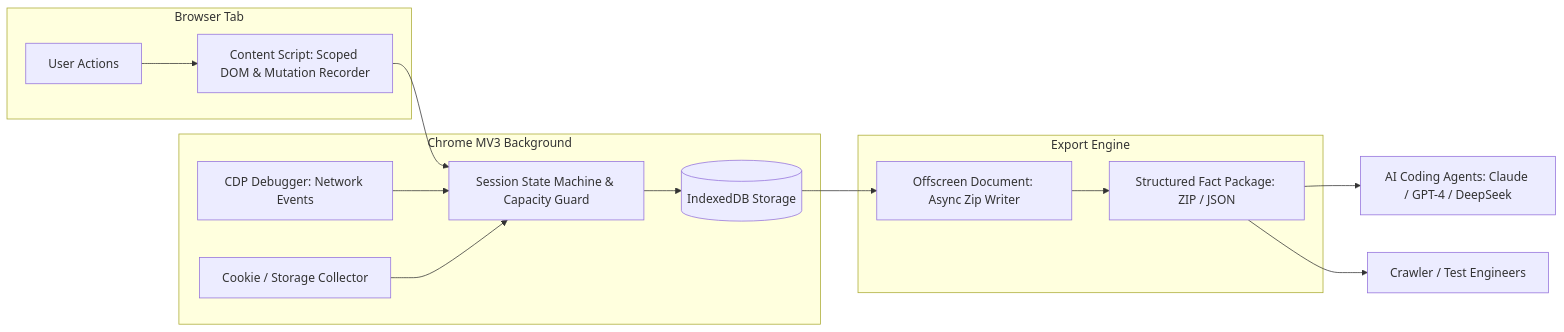
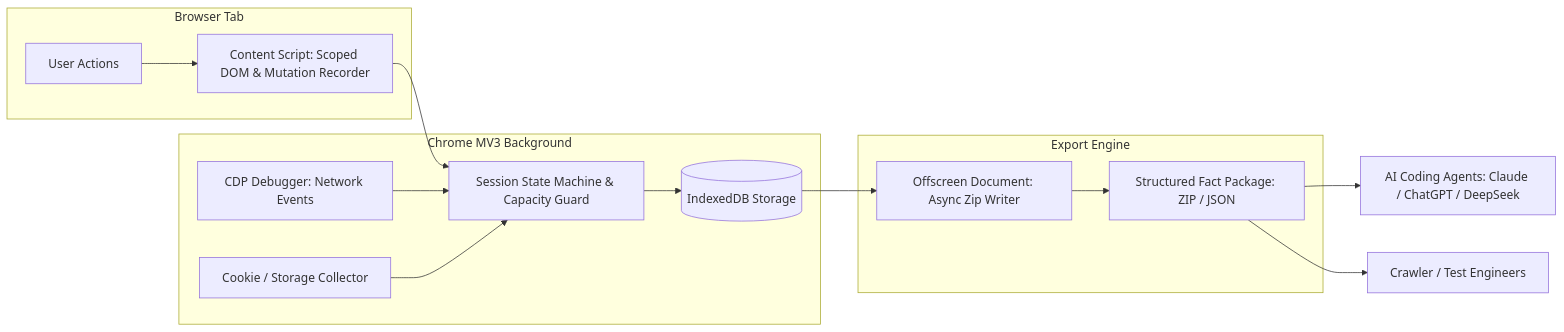
One commit to AiYeyeye/ai-crawler-helper-plugin changed the diagram in README.md. Above: the diagram before and after it, drawn with Mermaid. The commit also changed other lines of this file and 3 other files, not shown here.

````diff
--- a/README.md
+++ b/README.md
@@ -64,24 +64,24 @@
 ```mermaid
 flowchart LR
     subgraph Browser Tab
         User[User Actions] --> ContentScript[Content Script: Scoped DOM & Mutation Recorder]
     end
 
     subgraph Chrome MV3 Background
         Debugger[CDP Debugger: Network Events]
         Cookies[Cookie / Storage Collector]
         SM[Session State Machine & Capacity Guard]
         ContentScript --> SM
         Debugger --> SM
         Cookies --> SM
         SM --> DB[(IndexedDB Storage)]
     end
 
     subgraph Export Engine
         DB --> Offscreen[Offscreen Document: Async Zip Writer]
         Offscreen --> FactPackage[Structured Fact Package: ZIP / JSON]
     end
 
-    FactPackage --> AI[AI Coding Agents: Claude / GPT-4 / DeepSeek]
+    FactPackage --> AI[AI Coding Agents: Claude / ChatGPT / DeepSeek]
     FactPackage --> Human[Crawler / Test Engineers]
 ```
````
